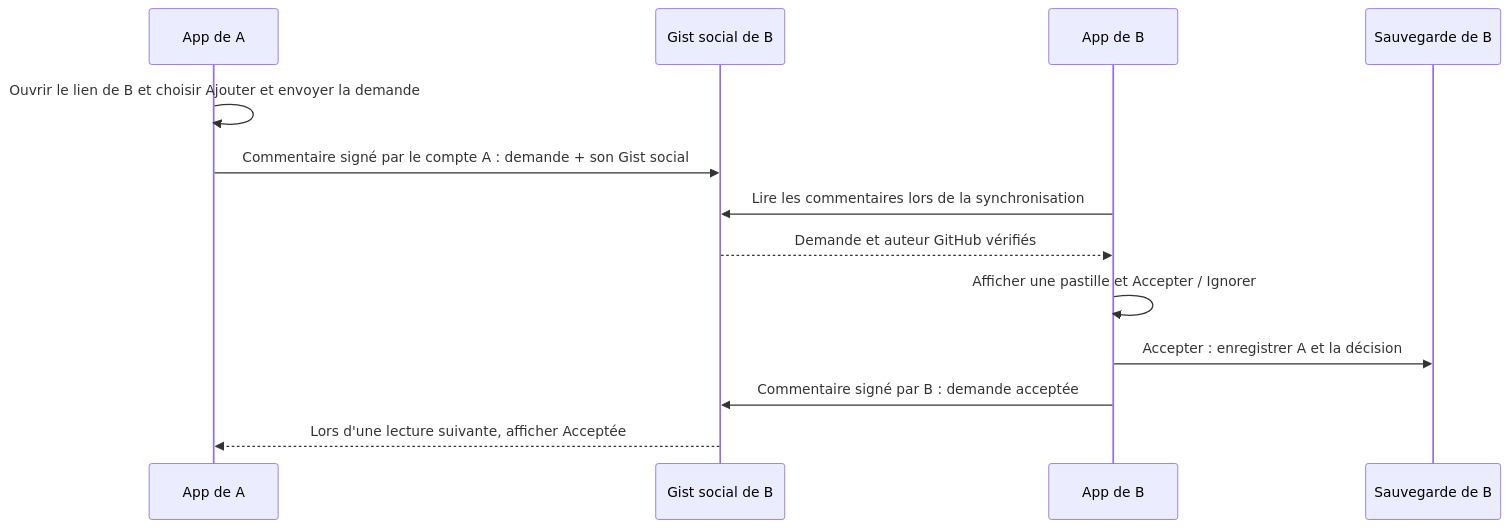
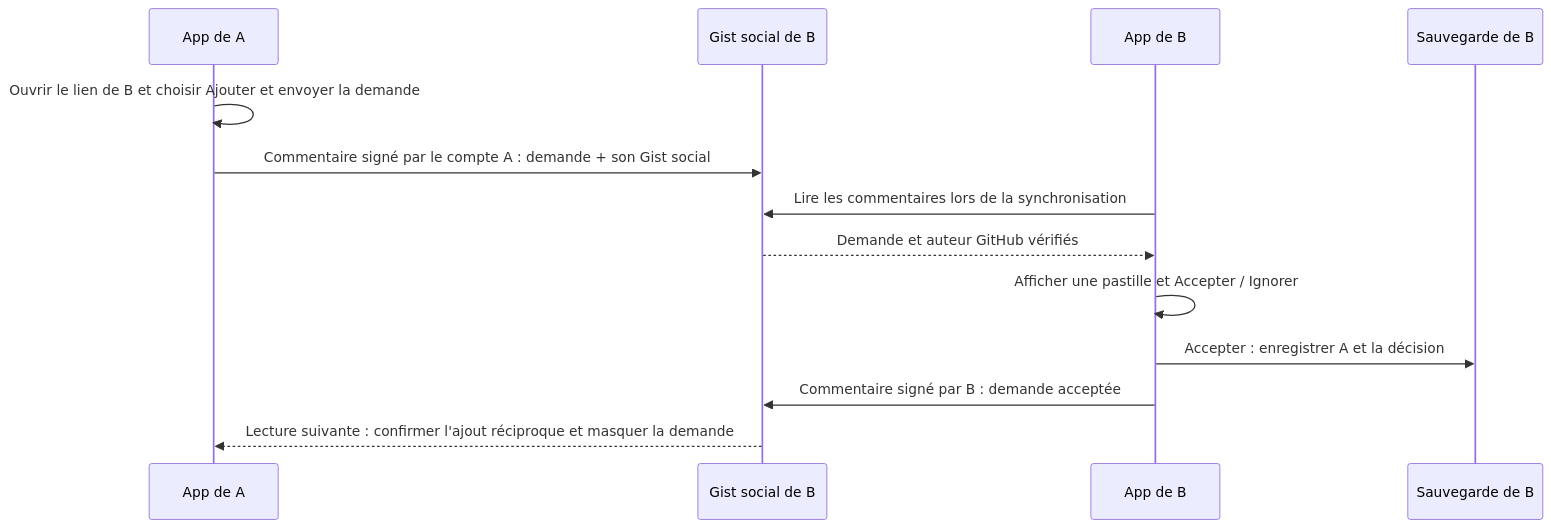
Before and after one commit to AlexMalfr/Hamigo: the second of 2 diagrams in docs/SOCIAL.md, drawn with Mermaid. The commit also changed other lines of this file and 22 other files, not shown here.

Commit message:
Fix calculator editing, completed-session navigation and memo diagrams

````diff
--- a/docs/SOCIAL.md
+++ b/docs/SOCIAL.md
@@ -108,15 +108,15 @@
 ```mermaid
 sequenceDiagram
     participant A as App de A
     participant G as Gist social de B
     participant B as App de B
     participant S as Sauvegarde de B
     A->>A: Ouvrir le lien de B et choisir Ajouter et envoyer la demande
     A->>G: Commentaire signé par le compte A : demande + son Gist social
     B->>G: Lire les commentaires lors de la synchronisation
     G-->>B: Demande et auteur GitHub vérifiés
     B->>B: Afficher une pastille et Accepter / Ignorer
     B->>S: Accepter : enregistrer A et la décision
     B->>G: Commentaire signé par B : demande acceptée
-    G-->>A: Lors d'une lecture suivante, afficher Acceptée
+    G-->>A: Lecture suivante : confirmer l'ajout réciproque et masquer la demande
 ```
````
